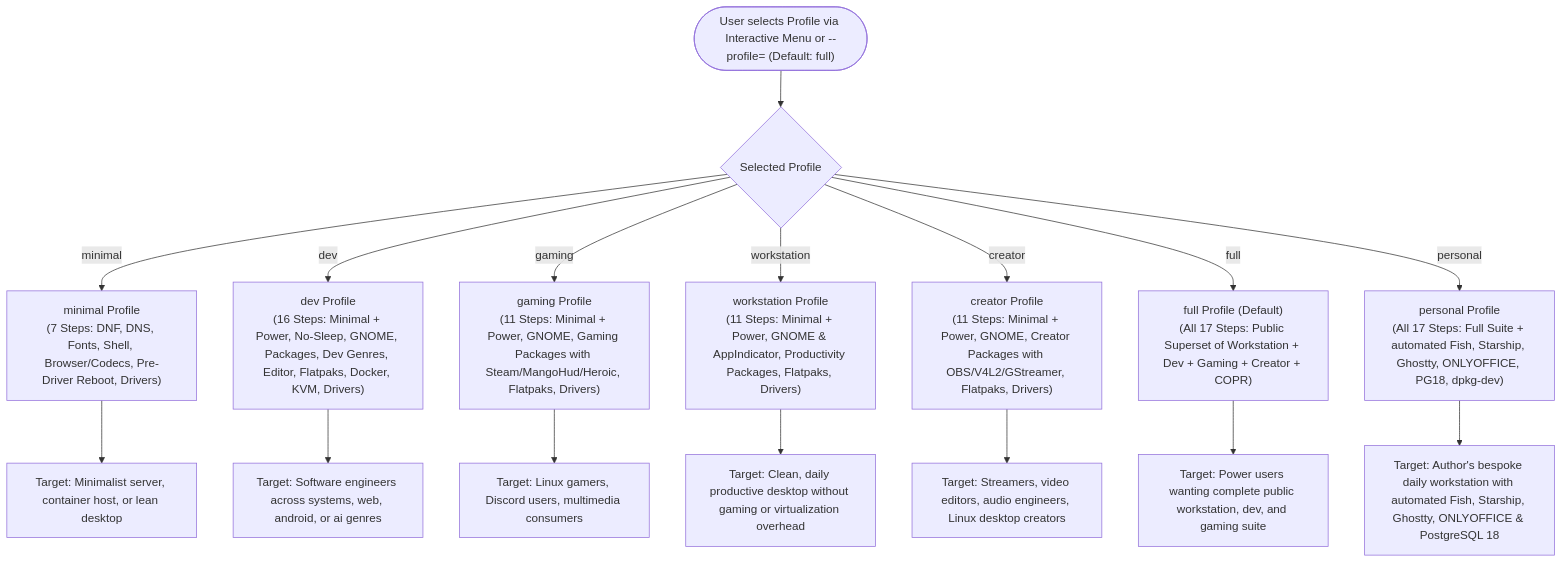
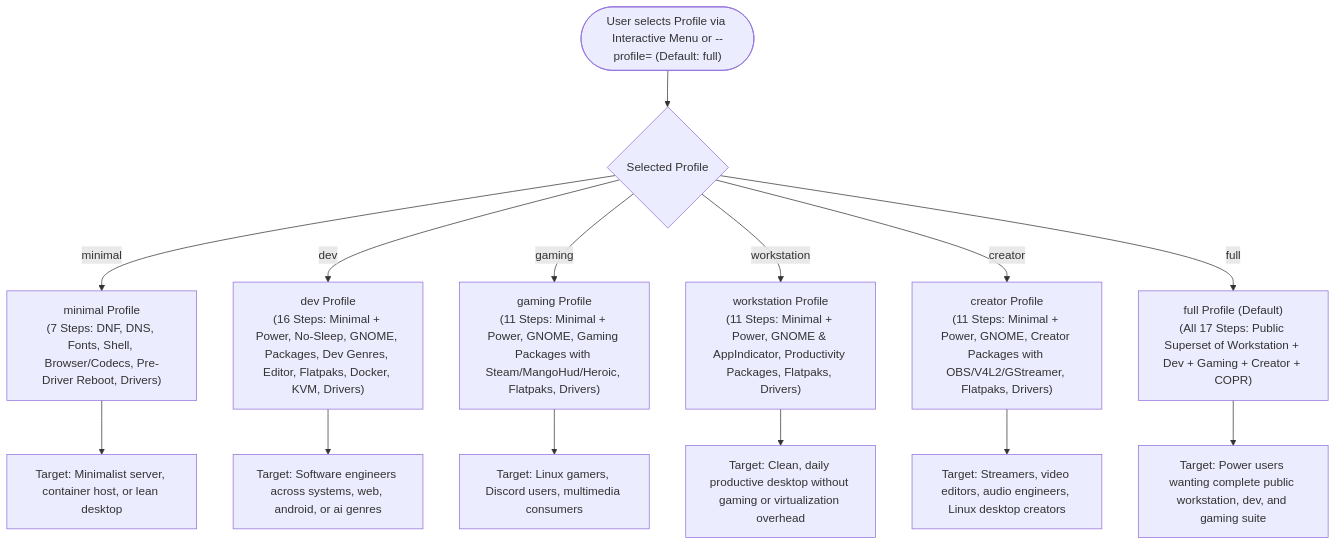
Before and after one commit to kk376/fedora-post-install: the second of 21 diagrams in PSEUDOCODE.md, drawn with Mermaid. The commit also changed other lines of this file and 8 other files, not shown here.

First line of the commit message:
chore(release): bump version to v6.0.0 and refactor to hardware-agnostic architecture

````diff
--- a/PSEUDOCODE.md
+++ b/PSEUDOCODE.md
@@ -106,20 +106,18 @@
 ```mermaid
 flowchart TD
     UserSelect(["User selects Profile via Interactive Menu or --profile=<name> (Default: full)"]) --> SwitchProfile{Selected Profile}
 
     SwitchProfile -- minimal --> P_Min["minimal Profile<br/>(7 Steps: DNF, DNS, Fonts, Shell, Browser/Codecs, Pre-Driver Reboot, Drivers)"]
     SwitchProfile -- dev --> P_Dev["dev Profile<br/>(16 Steps: Minimal + Power, No-Sleep, GNOME, Packages, Dev Genres, Editor, Flatpaks, Docker, KVM, Drivers)"]
     SwitchProfile -- gaming --> P_Gaming["gaming Profile<br/>(11 Steps: Minimal + Power, GNOME, Gaming Packages with Steam/MangoHud/Heroic, Flatpaks, Drivers)"]
     SwitchProfile -- workstation --> P_Work["workstation Profile<br/>(11 Steps: Minimal + Power, GNOME & AppIndicator, Productivity Packages, Flatpaks, Drivers)"]
     SwitchProfile -- creator --> P_Creator["creator Profile<br/>(11 Steps: Minimal + Power, GNOME, Creator Packages with OBS/V4L2/GStreamer, Flatpaks, Drivers)"]
     SwitchProfile -- full --> P_Full["full Profile (Default)<br/>(All 17 Steps: Public Superset of Workstation + Dev + Gaming + Creator + COPR)"]
-    SwitchProfile -- personal --> P_Personal["personal Profile<br/>(All 17 Steps: Full Suite + automated Fish, Starship, Ghostty, ONLYOFFICE, PG18, dpkg-dev)"]
 
     P_Min --> CoreOnly["Target: Minimalist server, container host, or lean desktop"]
     P_Dev --> DevOnly["Target: Software engineers across systems, web, android, or ai genres"]
     P_Gaming --> GameOnly["Target: Linux gamers, Discord users, multimedia consumers"]
     P_Work --> WorkOnly["Target: Clean, daily productive desktop without gaming or virtualization overhead"]
     P_Creator --> CreatorOnly["Target: Streamers, video editors, audio engineers, Linux desktop creators"]
     P_Full --> FullOnly["Target: Power users wanting complete public workstation, dev, and gaming suite"]
-    P_Personal --> PersonalOnly["Target: Author's bespoke daily workstation with automated Fish, Starship, Ghostty, ONLYOFFICE & PostgreSQL 18"]
 ```
````
